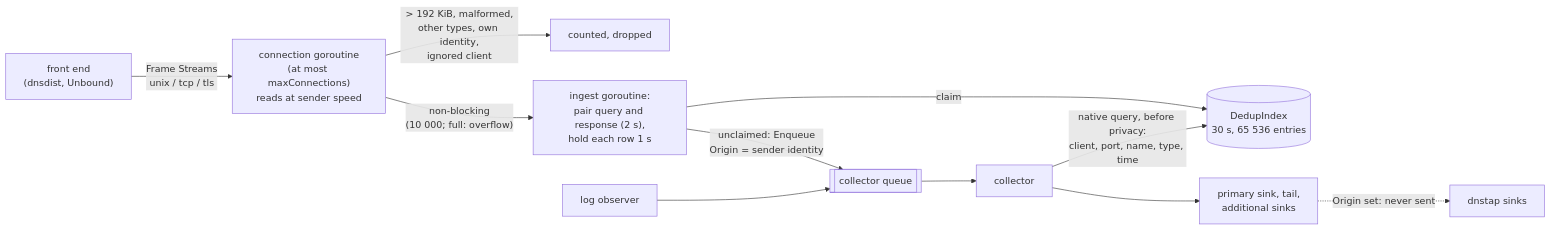
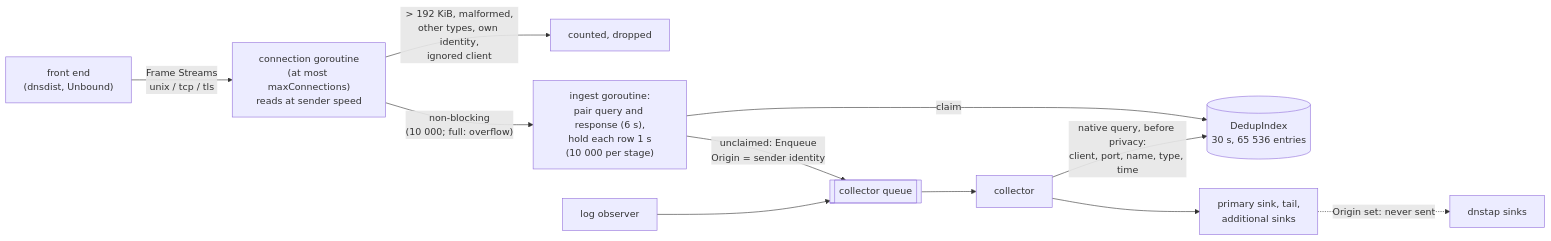
The fourth of 7 diagrams in docs/architecture/observability.md (robertherbaugh/kudurru), drawn with Mermaid before and after one commit. The commit also changed other lines of this file and 10 other files, not shown here.

````diff
--- a/docs/architecture/observability.md
+++ b/docs/architecture/observability.md
@@ -400,13 +400,13 @@
 ```mermaid
 flowchart LR
     FE["front end<br/>(dnsdist, Unbound)"] -->|"Frame Streams<br/>unix / tcp / tls"| CONN["connection goroutine<br/>(at most maxConnections)<br/>reads at sender speed"]
     CONN -->|"> 192 KiB, malformed,<br/>other types, own identity,<br/>ignored client"| CNT["counted, dropped"]
-    CONN -->|"non-blocking<br/>(10 000; full: overflow)"| ING["ingest goroutine:<br/>pair query and response (2 s),<br/>hold each row 1 s"]
+    CONN -->|"non-blocking<br/>(10 000; full: overflow)"| ING["ingest goroutine:<br/>pair query and response (6 s),<br/>hold each row 1 s<br/>(10 000 per stage)"]
     OBS["log observer"] --> COLQ[["collector queue"]]
     COLQ --> COL["collector"]
     COL -->|"native query, before privacy:<br/>client, port, name, type, time"| IDX[("DedupIndex<br/>30 s, 65 536 entries")]
     ING -->|"claim"| IDX
     ING -->|"unclaimed: Enqueue<br/>Origin = sender identity"| COLQ
     COL --> SINKS["primary sink, tail,<br/>additional sinks"]
     SINKS -.->|"Origin set: never sent"| DTS["dnstap sinks"]
 ```
````
